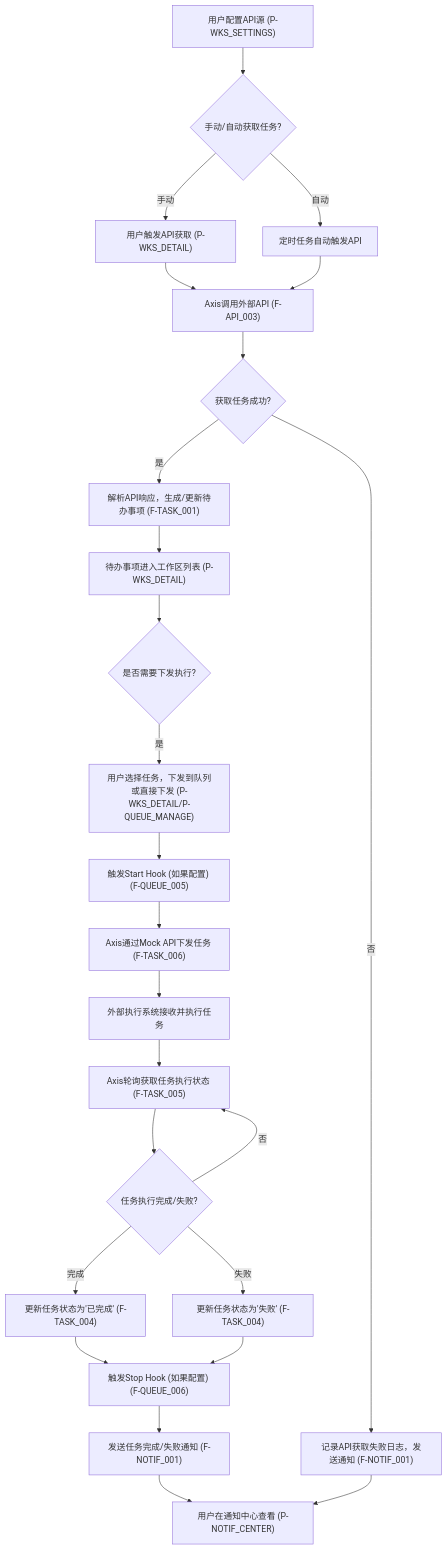
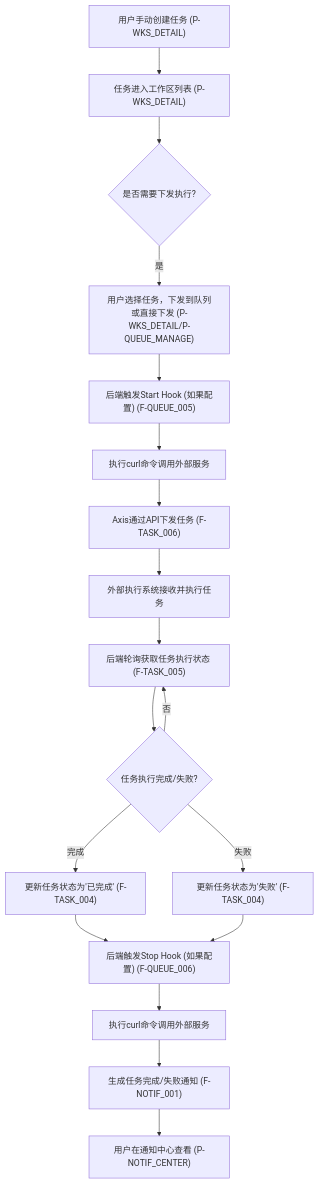
One commit to LogicTortoise/axis changed the second of 4 diagrams in prd.md. Above: the diagram before and after it, drawn with Mermaid. The commit also changed other lines of this file and 1 other file, not shown here.

````diff
--- a/prd.md
+++ b/prd.md
@@ -205,27 +189,20 @@
 ```mermaid
 graph TD
-    A["用户配置API源 (P-WKS_SETTINGS)"] --> B{"手动/自动获取任务?"}
-    B -- "手动" --> C["用户触发API获取 (P-WKS_DETAIL)"]
-    B -- "自动" --> D["定时任务自动触发API"]
-    C --> E["Axis调用外部API (F-API_003)"]
-    D --> E
-    E --> F{"获取任务成功?"}
-    F -- "是" --> G["解析API响应，生成/更新待办事项 (F-TASK_001)"]
-    G --> H["待办事项进入工作区列表 (P-WKS_DETAIL)"]
-    H --> I{"是否需要下发执行?"}
-    I -- "是" --> J["用户选择任务，下发到队列或直接下发 (P-WKS_DETAIL/P-QUEUE_MANAGE)"]
-    J --> K["触发Start Hook (如果配置) (F-QUEUE_005)"]
-    K --> L["Axis通过Mock API下发任务 (F-TASK_006)"]
-    L --> M["外部执行系统接收并执行任务"]
-    M --> N["Axis轮询获取任务执行状态 (F-TASK_005)"]
-    N --> O{"任务执行完成/失败?"}
-    O -- "完成" --> P["更新任务状态为'已完成' (F-TASK_004)"]
-    O -- "失败" --> Q["更新任务状态为'失败' (F-TASK_004)"]
-    P --> R["触发Stop Hook (如果配置) (F-QUEUE_006)"]
-    Q --> R
-    R --> S["发送任务完成/失败通知 (F-NOTIF_001)"]
-    S --> T["用户在通知中心查看 (P-NOTIF_CENTER)"]
-    F -- "否" --> U["记录API获取失败日志，发送通知 (F-NOTIF_001)"]
-    U --> T
-    O -- "否" --> N
+    A["用户手动创建任务 (P-WKS_DETAIL)"] --> B["任务进入工作区列表 (P-WKS_DETAIL)"]
+    B --> C{"是否需要下发执行?"}
+    C -- "是" --> D["用户选择任务，下发到队列或直接下发 (P-WKS_DETAIL/P-QUEUE_MANAGE)"]
+    D --> E["后端触发Start Hook (如果配置) (F-QUEUE_005)"]
+    E --> F["执行curl命令调用外部服务"]
+    F --> G["Axis通过API下发任务 (F-TASK_006)"]
+    G --> H["外部执行系统接收并执行任务"]
+    H --> I["后端轮询获取任务执行状态 (F-TASK_005)"]
+    I --> J{"任务执行完成/失败?"}
+    J -- "完成" --> K["更新任务状态为'已完成' (F-TASK_004)"]
+    J -- "失败" --> L["更新任务状态为'失败' (F-TASK_004)"]
+    K --> M["后端触发Stop Hook (如果配置) (F-QUEUE_006)"]
+    L --> M
+    M --> N["执行curl命令调用外部服务"]
+    N --> O["生成任务完成/失败通知 (F-NOTIF_001)"]
+    O --> P["用户在通知中心查看 (P-NOTIF_CENTER)"]
+    J -- "否" --> I
 ```
````
